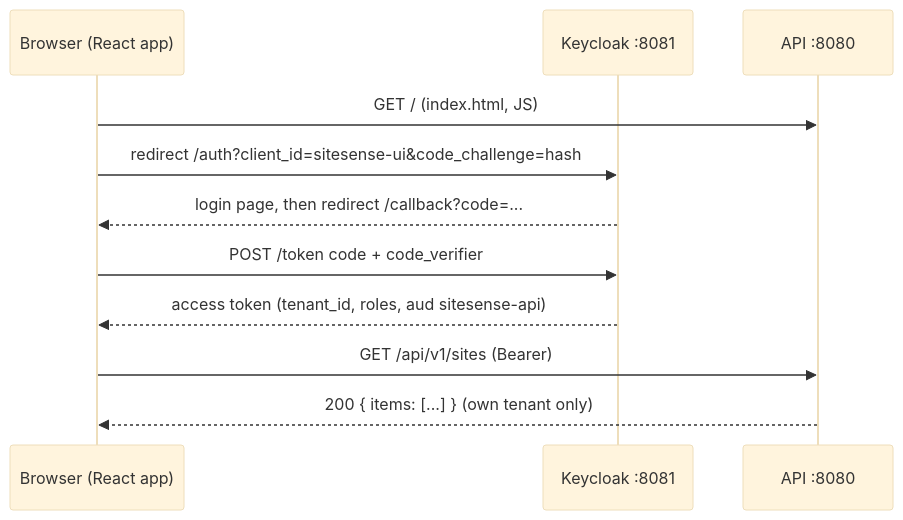
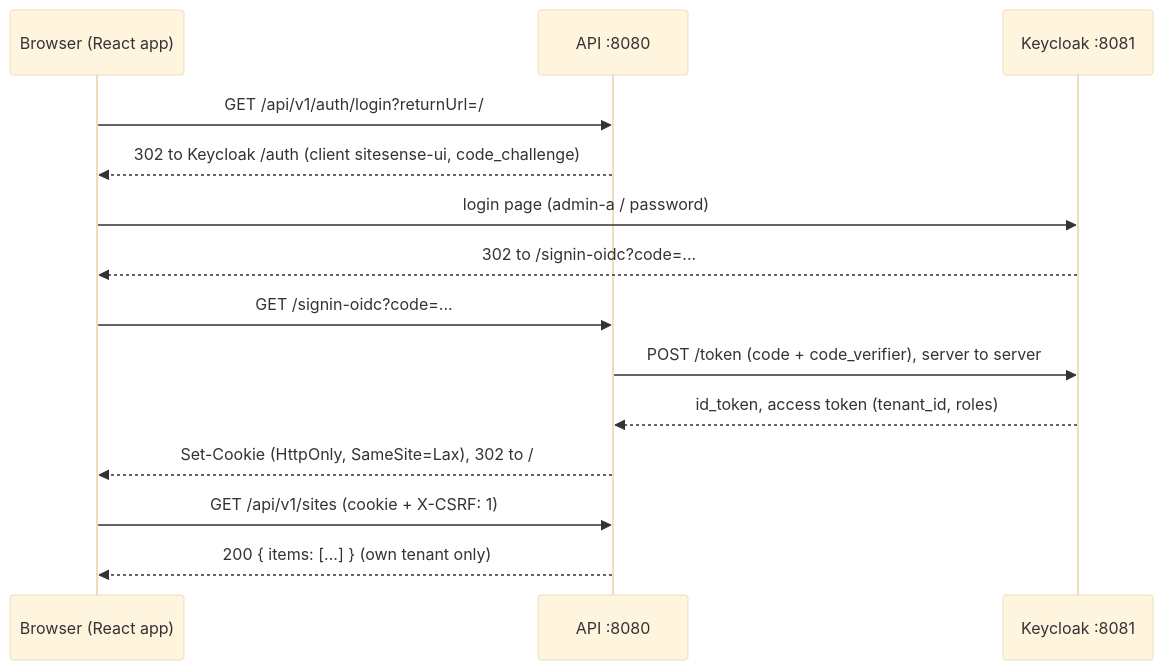
One commit to NotThaDev/SiteSense changed the second of 2 diagrams in docs/plans/SS-46-admin-ui.md. Above: the diagram before and after it, drawn with Mermaid (base theme). The commit also changed other lines of this file, not shown here.

Commit message:
docs(plan): login through the API as BFF, stack plan -> BE -> FE (SS-46)

````diff
--- a/docs/plans/SS-46-admin-ui.md
+++ b/docs/plans/SS-46-admin-ui.md
@@ -48,13 +57,16 @@
 ```mermaid
 sequenceDiagram
   participant B as Browser (React app)
+  participant A as API :8080
   participant K as Keycloak :8081
-  participant A as API :8080
-  B->>A: GET / (index.html, JS)
-  B->>K: redirect /auth?client_id=sitesense-ui&code_challenge=hash
-  K-->>B: login page, then redirect /callback?code=...
-  B->>K: POST /token code + code_verifier
-  K-->>B: access token (tenant_id, roles, aud sitesense-api)
-  B->>A: GET /api/v1/sites (Bearer)
+  B->>A: GET /api/v1/auth/login?returnUrl=/
+  A-->>B: 302 to Keycloak /auth (client sitesense-ui, code_challenge)
+  B->>K: login page (admin-a / password)
+  K-->>B: 302 to /signin-oidc?code=...
+  B->>A: GET /signin-oidc?code=...
+  A->>K: POST /token (code + code_verifier), server to server
+  K-->>A: id_token, access token (tenant_id, roles)
+  A-->>B: Set-Cookie (HttpOnly, SameSite=Lax), 302 to /
+  B->>A: GET /api/v1/sites (cookie + X-CSRF: 1)
   A-->>B: 200 { items: [...] } (own tenant only)
 ```
````
